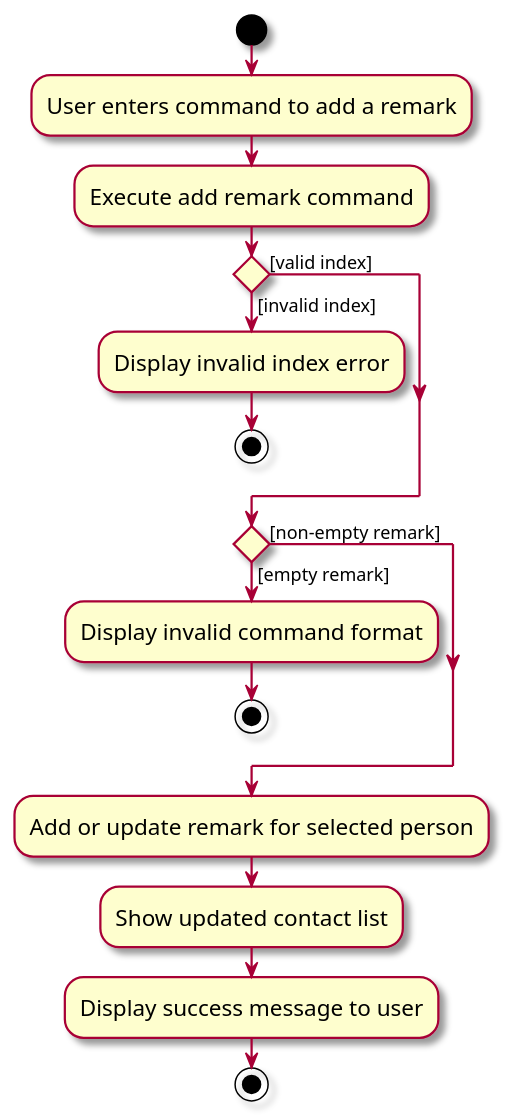
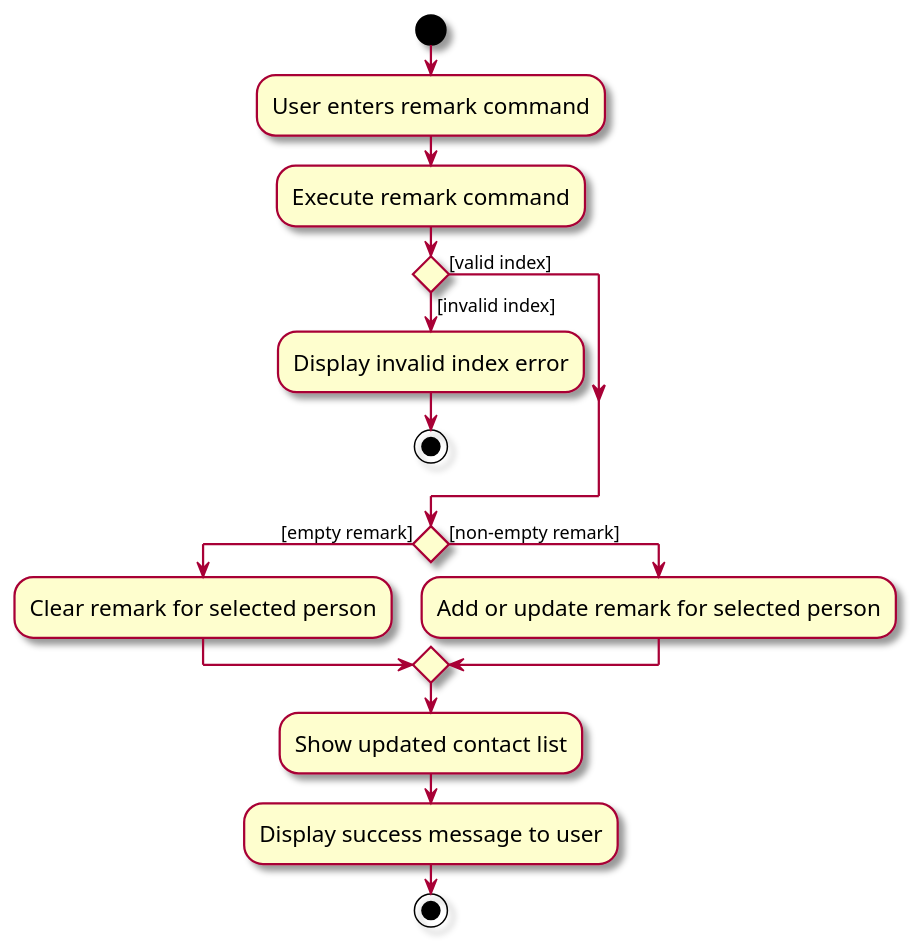
The diagram in docs/diagrams/RemarkCommandActivityDiagram.puml (tonyvict/tp), drawn with PlantUML before and after one commit.

Commit message:
Fix RemarkCommandActivityDiagram

```diff
--- a/docs/diagrams/RemarkCommandActivityDiagram.puml
+++ b/docs/diagrams/RemarkCommandActivityDiagram.puml
@@ -1,27 +1,25 @@
 @startuml
 skin rose
 skinparam ActivityFontSize 15
 skinparam ArrowFontSize 12
 
 start
-:User enters command to add a remark;
-:Execute add remark command;
+:User enters remark command;
+:Execute remark command;
 
 if () then ([invalid index])
   :Display invalid index error;
   stop
 else ([valid index])
 endif
 
 if () then ([empty remark])
-  :Display invalid command format;
-  stop
+  :Clear remark for selected person;
 else ([non-empty remark])
+  :Add or update remark for selected person;
 endif
-
-:Add or update remark for selected person;
 :Show updated contact list;
 :Display success message to user;
 stop
 
 @enduml
```
